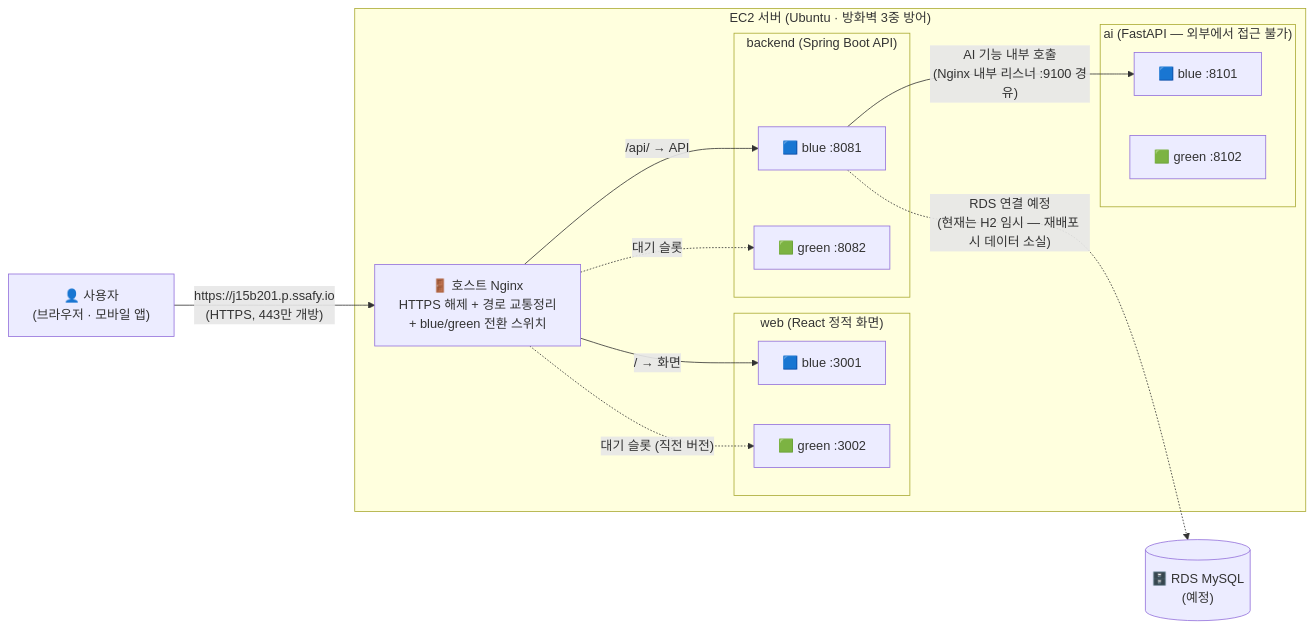
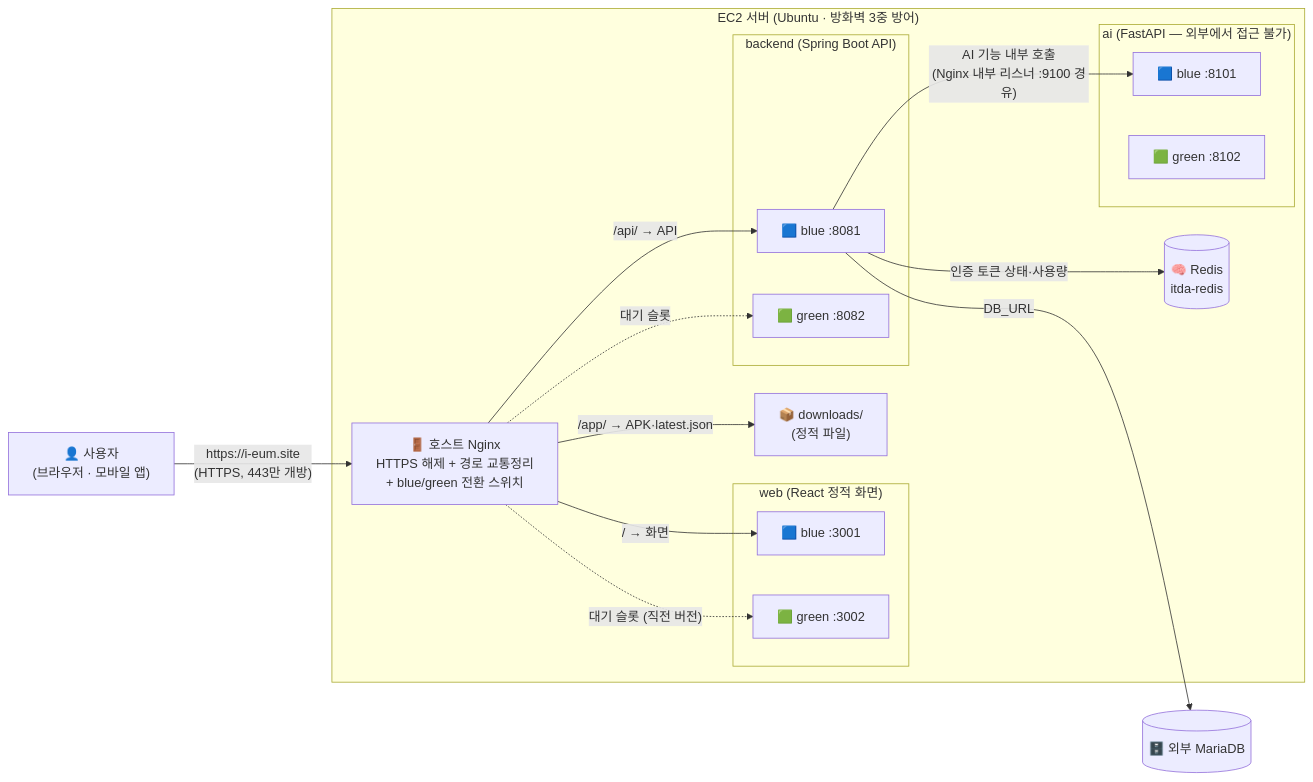
The first of 2 diagrams in docs/infra/architecture.md (pastjung/ieum), drawn with Mermaid before and after one commit. The commit also changed other lines of this file and 5 other files, not shown here.

First line of the commit message:
docs(infra): 인프라 문서를 i-eum.site 운영 구성에 맞춘다

````diff
--- a/docs/infra/architecture.md
+++ b/docs/infra/architecture.md
@@ -7,29 +7,31 @@
 ```mermaid
 flowchart LR
-    U["👤 사용자<br/>(브라우저 · 모바일 앱)"] -- "https://j15b201.p.ssafy.io<br/>(HTTPS, 443만 개방)" --> NX
+    U["👤 사용자<br/>(브라우저 · 모바일 앱)"] -- "https://i-eum.site<br/>(HTTPS, 443만 개방)" --> NX
 
     subgraph EC2["EC2 서버 (Ubuntu · 방화벽 3중 방어)"]
         NX["🚪 호스트 Nginx<br/>HTTPS 해제 + 경로 교통정리<br/>+ blue/green 전환 스위치"]
 
         subgraph WEB["web (React 정적 화면)"]
             WB["🟦 blue :3001"]
             WG["🟩 green :3002"]
         end
         subgraph BE["backend (Spring Boot API)"]
             BB["🟦 blue :8081"]
             BG["🟩 green :8082"]
         end
         subgraph AI["ai (FastAPI — 외부에서 접근 불가)"]
             AB["🟦 blue :8101"]
             AG["🟩 green :8102"]
         end
 
         NX -- "/ → 화면" --> WB
         NX -. "대기 슬롯 (직전 버전)" .-> WG
         NX -- "/api/ → API" --> BB
         NX -. "대기 슬롯" .-> BG
         BB -- "AI 기능 내부 호출<br/>(Nginx 내부 리스너 :9100 경유)" --> AB
+        BB -- "인증 토큰 상태·사용량" --> RD[("🧠 Redis<br/>itda-redis")]
+        NX -- "/app/ → APK·latest.json" --> DL["📦 downloads/<br/>(정적 파일)"]
     end
 
-    BB -. "RDS 연결 예정<br/>(현재는 H2 임시 — 재배포 시 데이터 소실)" .-> RDS[("🗄️ RDS MySQL<br/>(예정)")]
+    BB -- "DB_URL" --> DB[("🗄️ 외부 MariaDB")]
 ```
````
